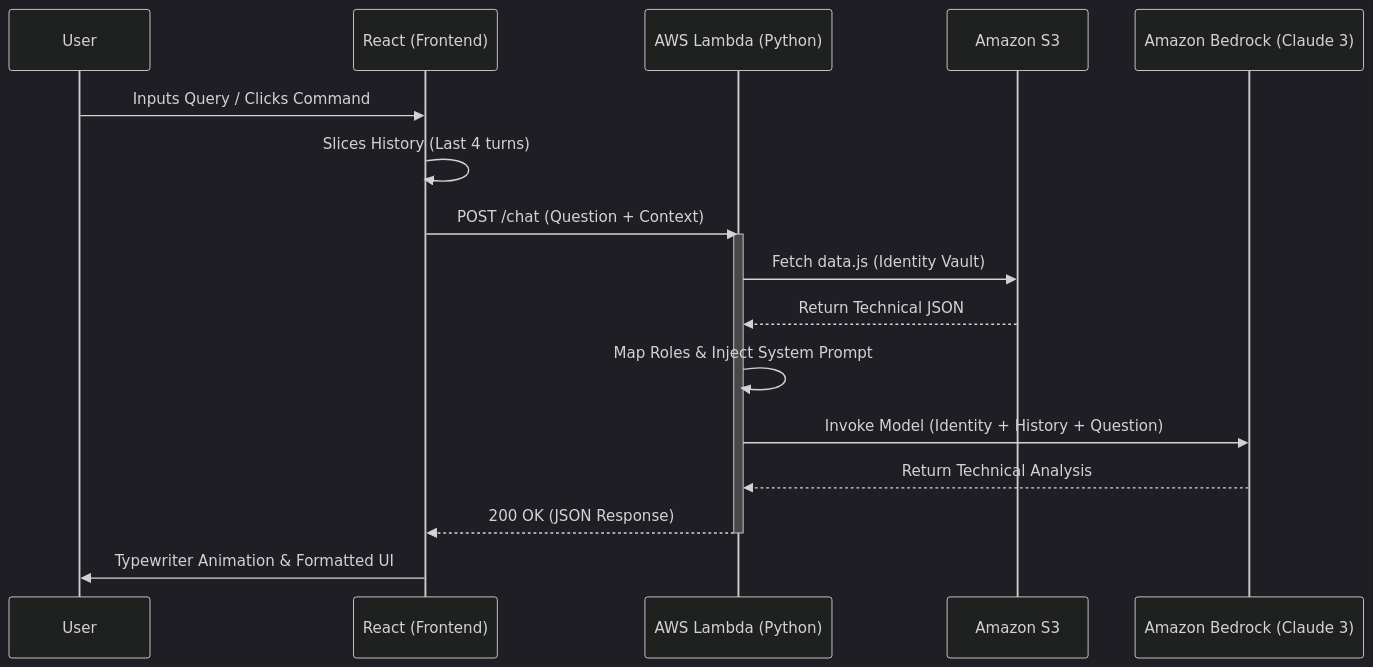
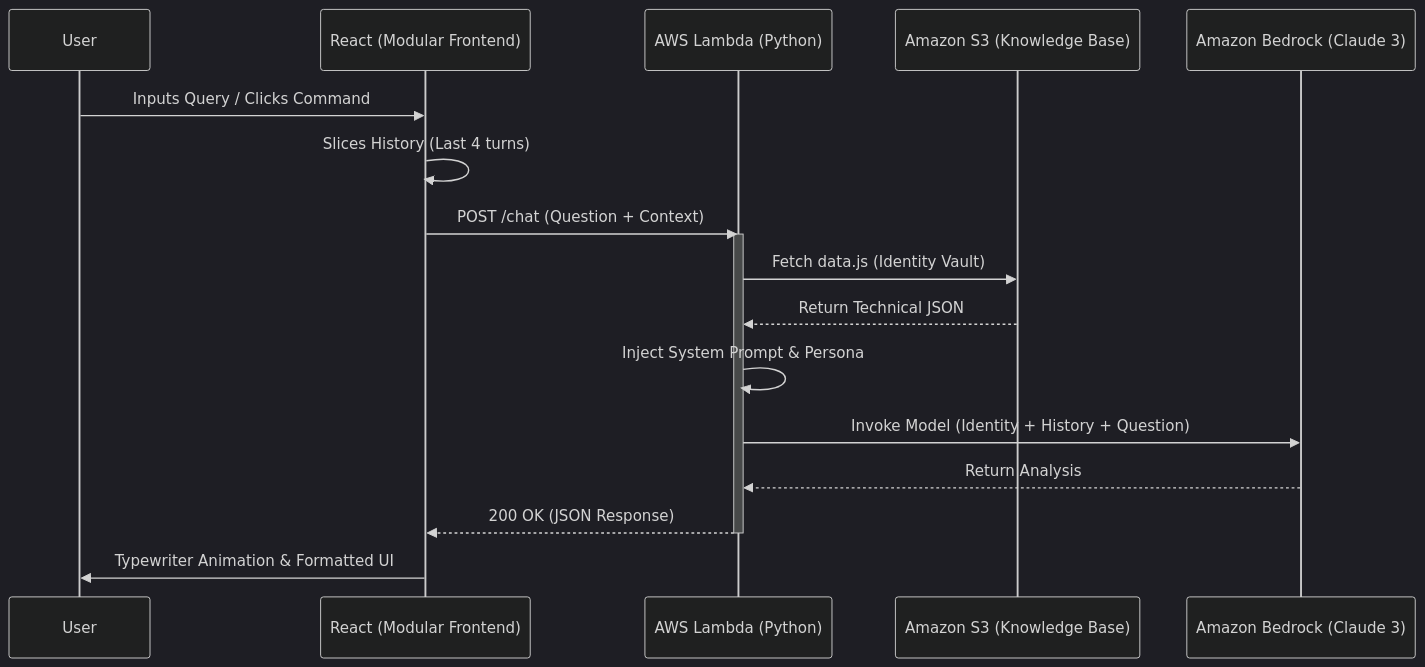
One commit to SaaammmyyyS/personal-website changed the first of 2 diagrams in README.md. Above: the diagram before and after it, drawn with Mermaid (dark theme). The commit also changed other lines of this file, not shown here.

````diff
--- a/README.md
+++ b/README.md
@@ -9,21 +25,21 @@
 ```mermaid
 sequenceDiagram
     participant User
-    participant React as React (Frontend)
+    participant React as React (Modular Frontend)
     participant Lambda as AWS Lambda (Python)
-    participant S3 as Amazon S3
+    participant S3 as Amazon S3 (Knowledge Base)
     participant Bedrock as Amazon Bedrock (Claude 3)
 
     User->>React: Inputs Query / Clicks Command
     React->>React: Slices History (Last 4 turns)
     React->>Lambda: POST /chat (Question + Context)
     activate Lambda
     Lambda->>S3: Fetch data.js (Identity Vault)
     S3-->>Lambda: Return Technical JSON
-    Lambda->>Lambda: Map Roles & Inject System Prompt
+    Lambda->>Lambda: Inject System Prompt & Persona
     Lambda->>Bedrock: Invoke Model (Identity + History + Question)
-    Bedrock-->>Lambda: Return Technical Analysis
+    Bedrock-->>Lambda: Return Analysis
     Lambda-->>React: 200 OK (JSON Response)
     deactivate Lambda
     React->>User: Typewriter Animation & Formatted UI
 ```
````
